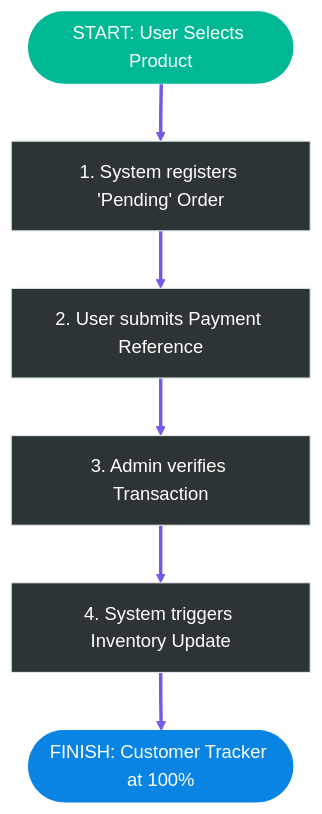
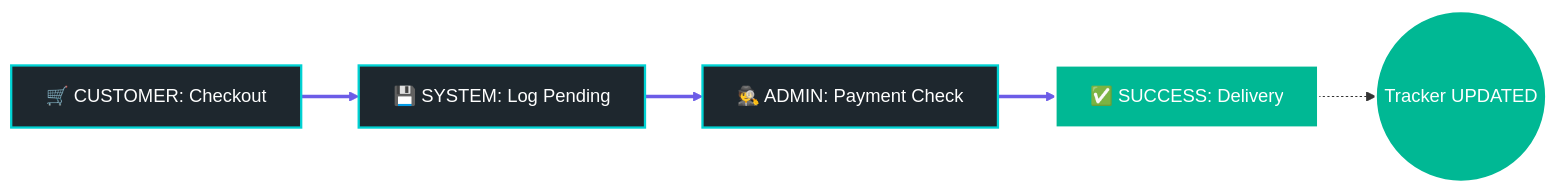
Before and after one commit to Jaylo01/tech-noblade: the second of 3 diagrams in DOCUMENTATION.md, drawn with Mermaid. The commit also changed other lines of this file, not shown here.

Commit message:
DOCS: High-fidelity visual redesign with stylized flowcharts

````diff
--- a/DOCUMENTATION.md
+++ b/DOCUMENTATION.md
@@ -58,26 +56,20 @@
 ```mermaid
-graph TD
-    %% Layout
-    classDef startNode fill:#00b894,color:#fff,stroke-width:0px;
-    classDef midNode fill:#2d3436,color:#fff,stroke:#dfe6e9;
-    classDef endNode fill:#0984e3,color:#fff,stroke-width:0px;
+graph LR
+    %% Theme
+    classDef nodeStyle fill:#1e272e,stroke:#00d2d3,stroke-width:2px,color:#fff;
+    classDef doneStyle fill:#00b894,stroke:#fff,stroke-width:2px,color:#fff;
+    classDef lineStyle stroke-width:3px;
 
-    S([START: User Selects Product]):::startNode
+    A[🛒 CUSTOMER: Checkout]:::nodeStyle
+    B[💾 SYSTEM: Log Pending]:::nodeStyle
+    C[🕵️ ADMIN: Payment Check]:::nodeStyle
+    D[✅ SUCCESS: Delivery]:::doneStyle
+
+    A --> B
+    B --> C
+    C --> D
     
-    Order[1. System registers 'Pending' Order]:::midNode
-    Pay[2. User submits Payment Reference]:::midNode
-    Verify[3. Admin verifies Transaction]:::midNode
-    Final[4. System triggers Inventory Update]:::midNode
+    D -.-> E((Tracker UPDATED)):::doneStyle
 
-    Finish([FINISH: Customer Tracker at 100%]):::endNode
-
-    %% Connections
-    S --> Order
-    Order --> Pay
-    Pay --> Verify
-    Verify --> Final
-    Final --> Finish
-
-    %% Timeline Accents
-    linkStyle default stroke:#6c5ce7,stroke-width:3px;
+    linkStyle 0,1,2 stroke:#6c5ce7,stroke-width:3px;
 ```
````
